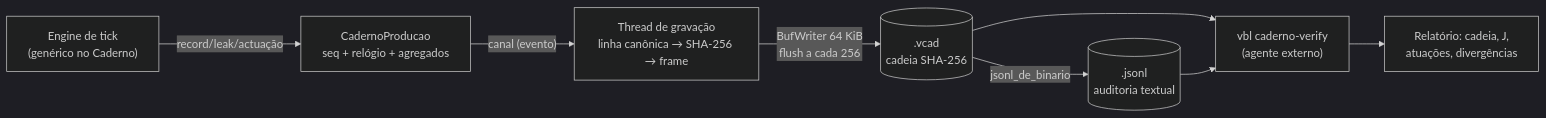
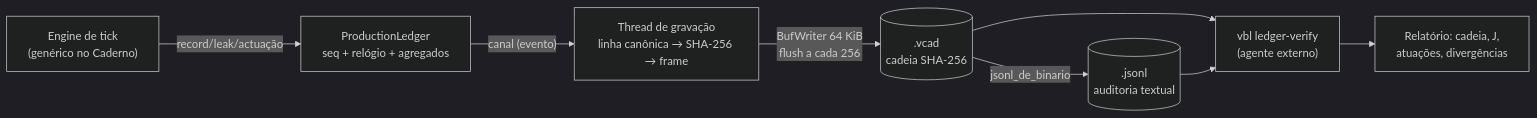
Before and after one commit to 0b3st4f3r4/verbo: the diagram in docs/STAGE-4-REPORT.md, drawn with Mermaid (dark theme). The commit also changed other lines of this file and 8 other files, not shown here.

````diff
--- a/docs/STAGE-4-REPORT.md
+++ b/docs/STAGE-4-REPORT.md
@@ -94,10 +94,10 @@
 ```mermaid
 flowchart LR
-    RT["Engine de tick<br/>(genérico no Caderno)"] -->|"record/leak/actuação"| CP["CadernoProducao<br/>seq + relógio + agregados"]
+    RT["Engine de tick<br/>(genérico no Caderno)"] -->|"record/leak/actuação"| CP["ProductionLedger<br/>seq + relógio + agregados"]
     CP -->|"canal (evento)"| TH["Thread de gravação<br/>linha canônica → SHA-256 → frame"]
     TH -->|"BufWriter 64 KiB<br/>flush a cada 256"| VCAD[(".vcad<br/>cadeia SHA-256")]
     VCAD -->|"jsonl_de_binario"| JSONL[(".jsonl<br/>auditoria textual")]
-    VCAD --> CV["vbl caderno-verify<br/>(agente externo)"]
+    VCAD --> CV["vbl ledger-verify<br/>(agente externo)"]
     JSONL --> CV
     CV --> R["Relatório: cadeia, J,<br/>atuações, divergências"]
 ```
````
